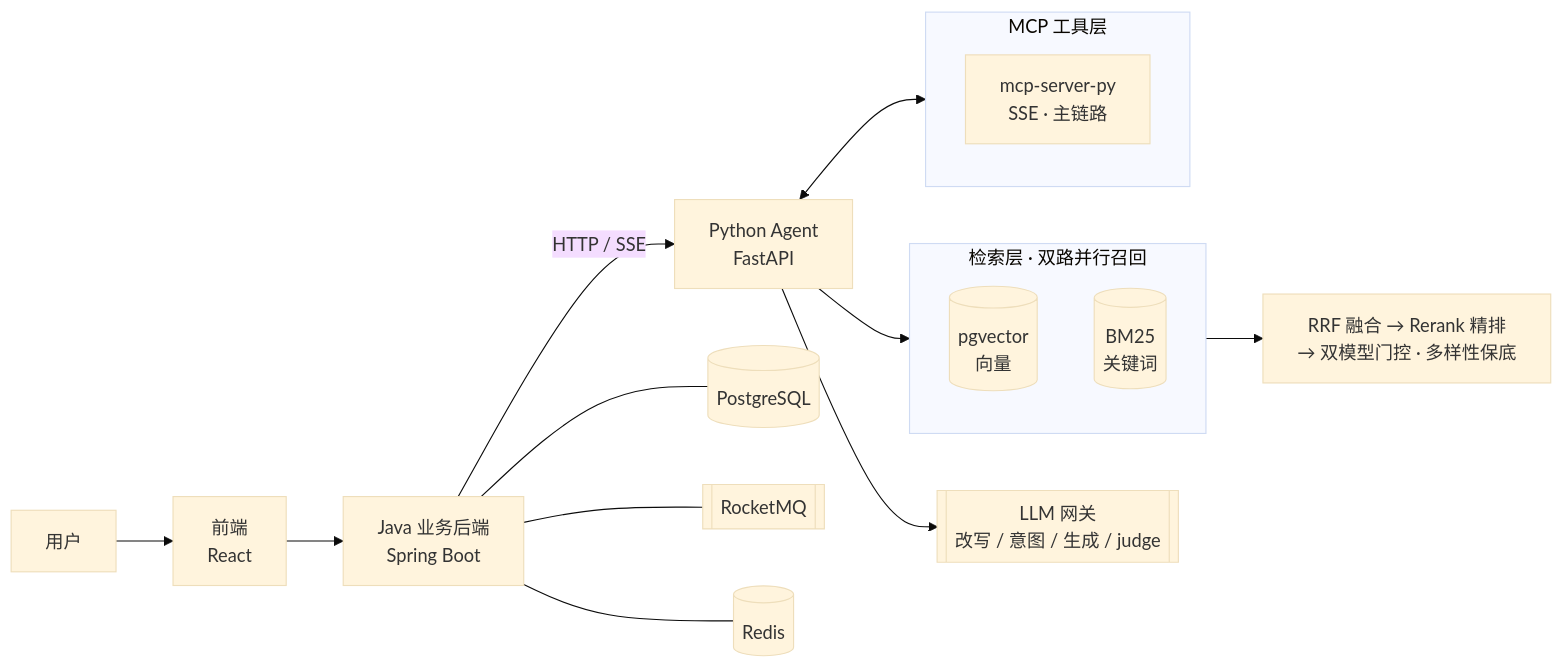
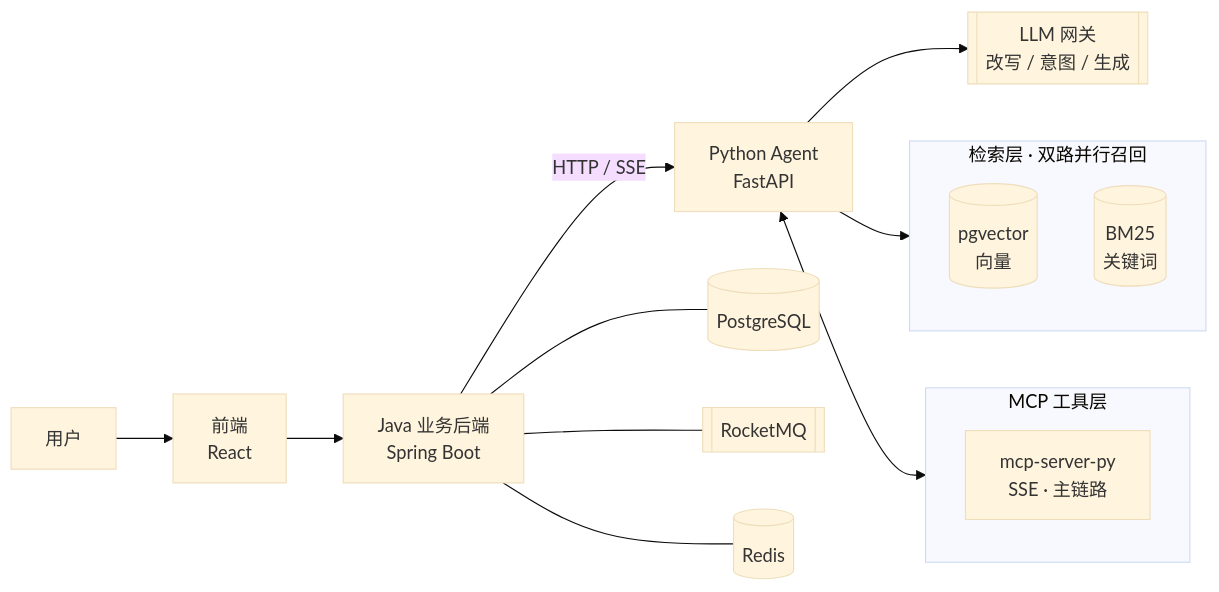
The diagram in README.md (Huanglh08/Sentinel), drawn with Mermaid (base theme) before and after one commit. The commit also changed other lines of this file, not shown here.

Commit message:
README 精简：SOAR 截图标题、去 judge/MRR 口径、架构与目录简化

````diff
--- a/README.md
+++ b/README.md
@@ -46,24 +46,23 @@
 ```mermaid
 flowchart LR
     U[用户] --> FE[前端<br/>React]
     FE --> GW[Java 业务后端<br/>Spring Boot]
     GW -->|HTTP / SSE| AG[Python Agent<br/>FastAPI]
 
     subgraph RETRIEVAL [检索层 · 双路并行召回]
         PG[(pgvector<br/>向量)]
         BM[(BM25<br/>关键词)]
     end
 
     AG --> RETRIEVAL
-    RETRIEVAL --> PP[RRF 融合 → Rerank 精排<br/>→ 双模型门控 · 多样性保底]
-    AG --> LLM[[LLM 网关<br/>改写 / 意图 / 生成 / judge]]
+    AG --> LLM[[LLM 网关<br/>改写 / 意图 / 生成]]
     AG <--> MCP
 
     subgraph MCP [MCP 工具层]
         MPY[mcp-server-py<br/>SSE · 主链路]
     end
 
     GW --- DB[(PostgreSQL)]
     GW --- MQ[[RocketMQ]]
     GW --- RD[(Redis)]
 ```
````
